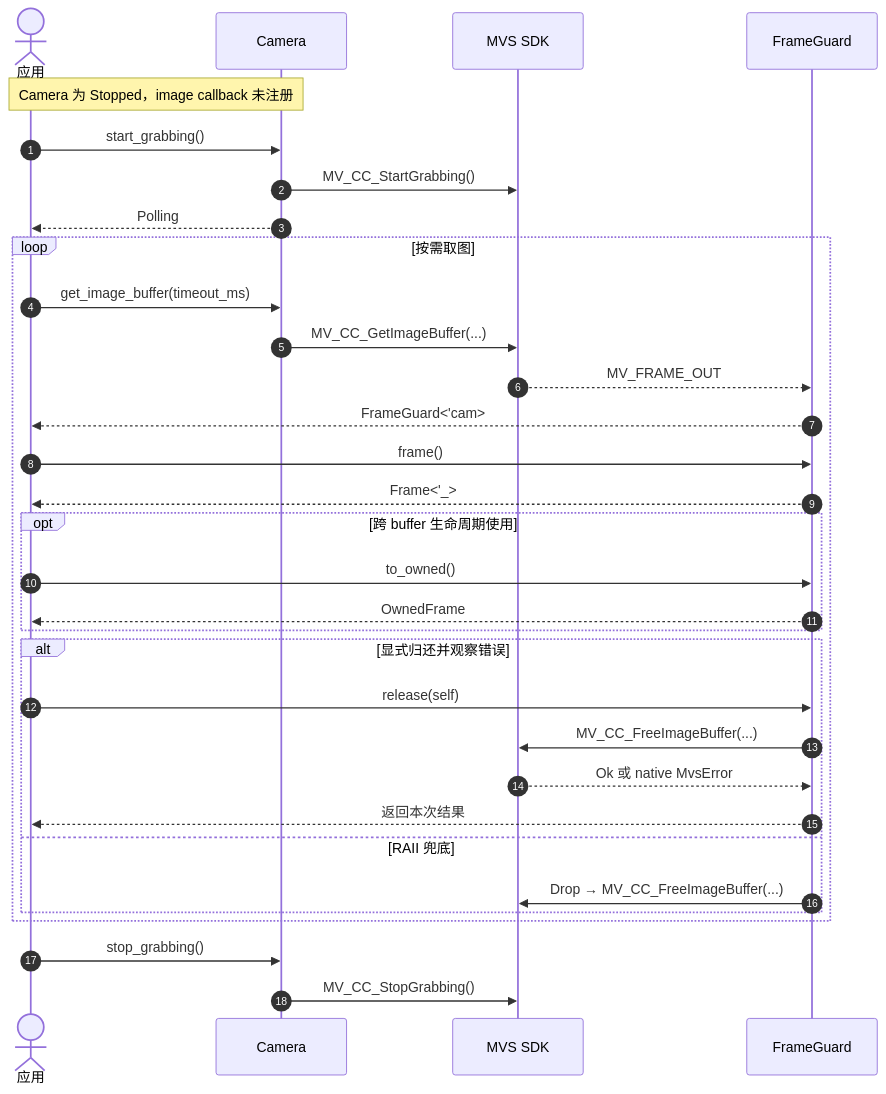
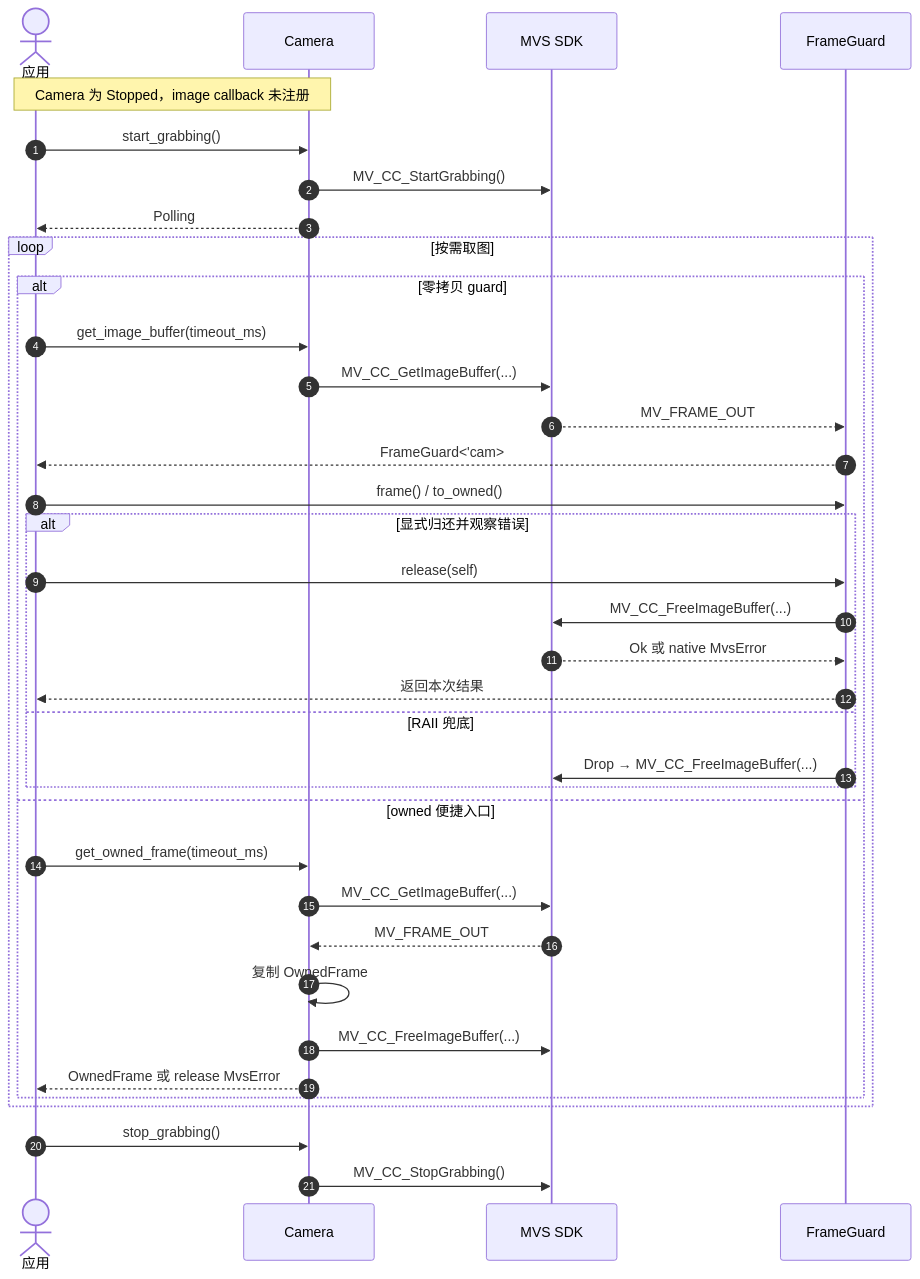
The diagram in 时序图/轮询取图与buffer归还.md (JSB-Unscarred/mvs-sdk-rs), drawn with Mermaid before and after one commit. The commit also changed other lines of this file and 19 other files, not shown here.

````diff
--- a/时序图/轮询取图与buffer归还.md
+++ b/时序图/轮询取图与buffer归还.md
@@ -3,37 +3,41 @@
 ```mermaid
 sequenceDiagram
     autonumber
     actor App as 应用
     participant Camera as Camera
     participant Native as MVS SDK
     participant Guard as FrameGuard
 
     Note over App,Camera: Camera 为 Stopped，image callback 未注册
     App->>Camera: start_grabbing()
     Camera->>Native: MV_CC_StartGrabbing()
     Camera-->>App: Polling
 
     loop 按需取图
-        App->>Camera: get_image_buffer(timeout_ms)
-        Camera->>Native: MV_CC_GetImageBuffer(...)
-        Native-->>Guard: MV_FRAME_OUT
-        Guard-->>App: FrameGuard<'cam>
-        App->>Guard: frame()
-        Guard-->>App: Frame<'_>
-        opt 跨 buffer 生命周期使用
-            App->>Guard: to_owned()
-            Guard-->>App: OwnedFrame
-        end
-        alt 显式归还并观察错误
-            App->>Guard: release(self)
-            Guard->>Native: MV_CC_FreeImageBuffer(...)
-            Native-->>Guard: Ok 或 native MvsError
-            Guard-->>App: 返回本次结果
-        else RAII 兜底
-            Guard->>Native: Drop → MV_CC_FreeImageBuffer(...)
+        alt 零拷贝 guard
+            App->>Camera: get_image_buffer(timeout_ms)
+            Camera->>Native: MV_CC_GetImageBuffer(...)
+            Native-->>Guard: MV_FRAME_OUT
+            Guard-->>App: FrameGuard<'cam>
+            App->>Guard: frame() / to_owned()
+            alt 显式归还并观察错误
+                App->>Guard: release(self)
+                Guard->>Native: MV_CC_FreeImageBuffer(...)
+                Native-->>Guard: Ok 或 native MvsError
+                Guard-->>App: 返回本次结果
+            else RAII 兜底
+                Guard->>Native: Drop → MV_CC_FreeImageBuffer(...)
+            end
+        else owned 便捷入口
+            App->>Camera: get_owned_frame(timeout_ms)
+            Camera->>Native: MV_CC_GetImageBuffer(...)
+            Native-->>Camera: MV_FRAME_OUT
+            Camera->>Camera: 复制 OwnedFrame
+            Camera->>Native: MV_CC_FreeImageBuffer(...)
+            Camera-->>App: OwnedFrame 或 release MvsError
         end
     end
 
     App->>Camera: stop_grabbing()
     Camera->>Native: MV_CC_StopGrabbing()
 ```
````
